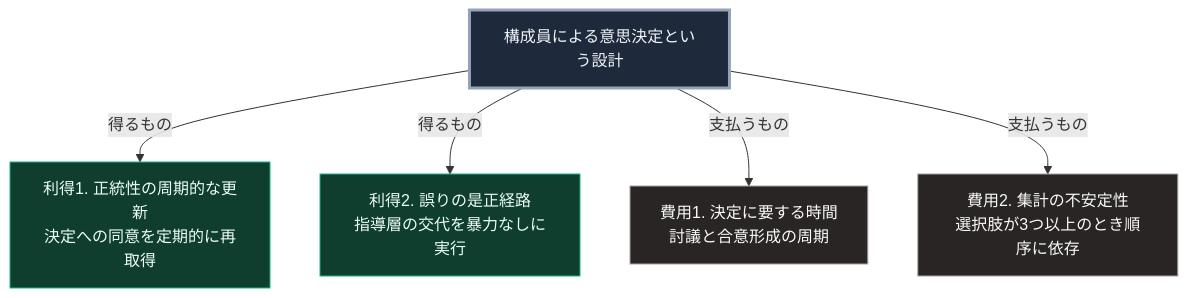
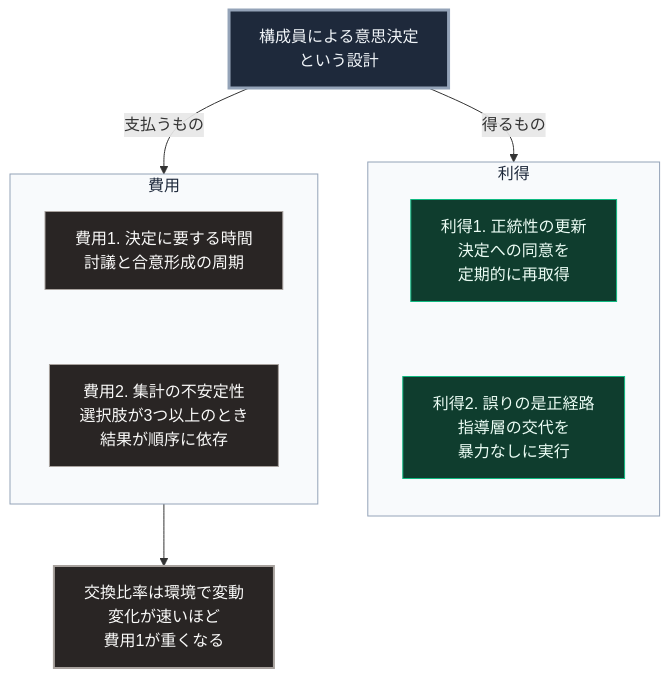
Before and after one commit to Takenori-Kusaka/zenn-content: the diagram in books/sovereign-resilience-blueprint/democracy-history.md, drawn with Mermaid. The commit also changed other lines of this file and 114 other files, not shown here.

````diff
--- a/books/sovereign-resilience-blueprint/democracy-history.md
+++ b/books/sovereign-resilience-blueprint/democracy-history.md
@@ -65,15 +65,24 @@
 ```mermaid
 flowchart TD
-    C[構成員による意思決定という設計]
-
-    C -->|得るもの| G1[利得1. 正統性の周期的な更新<br>決定への同意を定期的に再取得]
-    C -->|得るもの| G2[利得2. 誤りの是正経路<br>指導層の交代を暴力なしに実行]
-    C -->|支払うもの| P1[費用1. 決定に要する時間<br>討議と合意形成の周期]
-    C -->|支払うもの| P2[費用2. 集計の不安定性<br>選択肢が3つ以上のとき順序に依存]
+    C[構成員による意思決定<br>という設計]
+    C -->|得るもの| GA
+    C -->|支払うもの| GB
+    subgraph GA[利得]
+        direction TB
+        G1[利得1. 正統性の更新<br>決定への同意を<br>定期的に再取得] ~~~ G2[利得2. 誤りの是正経路<br>指導層の交代を<br>暴力なしに実行]
+    end
+    subgraph GB[費用]
+        direction TB
+        P1[費用1. 決定に要する時間<br>討議と合意形成の周期] ~~~ P2[費用2. 集計の不安定性<br>選択肢が3つ以上のとき<br>結果が順序に依存]
+    end
+    GB --> E[交換比率は環境で変動<br>変化が速いほど<br>費用1が重くなる]
 
     style C fill:#1e293b,stroke:#94a3b8,stroke-width:3px,color:#f1f5f9
+    style GA fill:#f8fafc,stroke:#94a3b8,color:#1e293b
+    style GB fill:#f8fafc,stroke:#94a3b8,color:#1e293b
     style G1 fill:#0f3d2e,stroke:#10b981,color:#ecfdf5
     style G2 fill:#0f3d2e,stroke:#10b981,color:#ecfdf5
     style P1 fill:#292524,stroke:#a8a29e,color:#fafaf9
     style P2 fill:#292524,stroke:#a8a29e,color:#fafaf9
+    style E fill:#292524,stroke:#a8a29e,stroke-width:2px,color:#fafaf9
 ```
````
